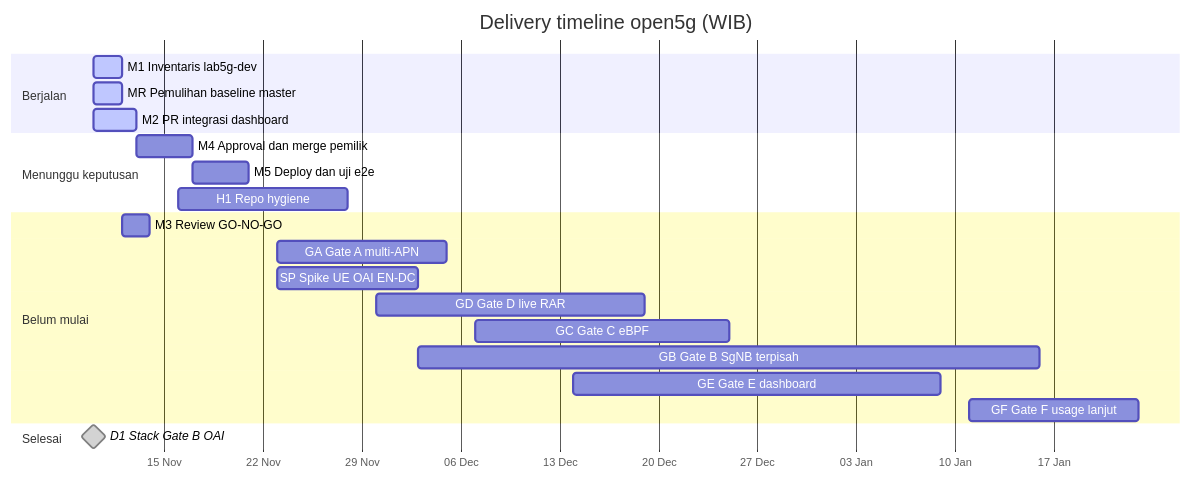
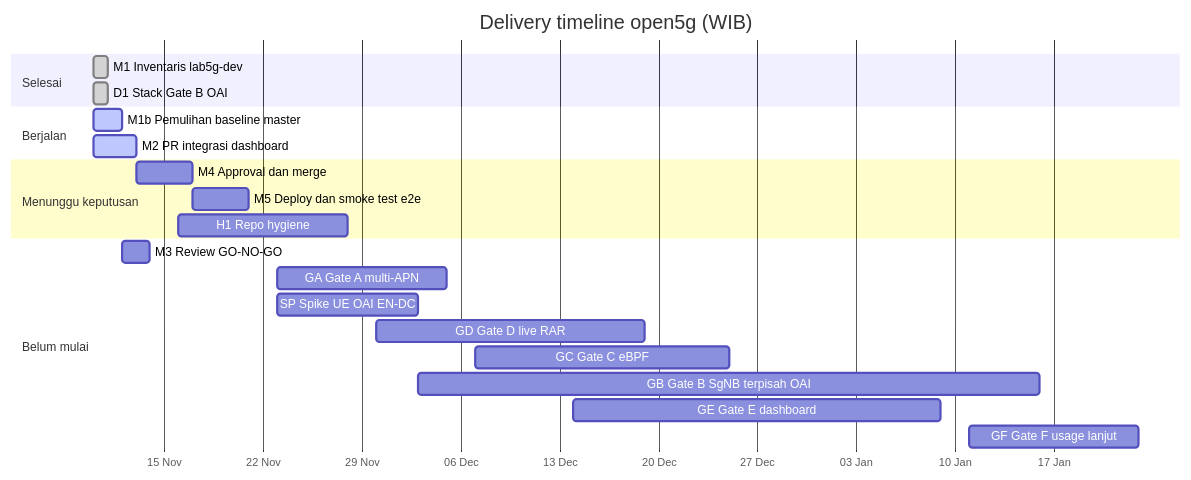
One commit to dayat81/open5g changed the diagram in docs/pm/DELIVERY-TIMELINE.md. Above: the diagram before and after it, drawn with Mermaid. The commit also changed other lines of this file and 2 other files, not shown here.

First line of the commit message:
Correct the delivery timeline to the 15:11 WIB source.

````diff
--- a/docs/pm/DELIVERY-TIMELINE.md
+++ b/docs/pm/DELIVERY-TIMELINE.md
@@ -22,31 +17,31 @@
 ```mermaid
 gantt
     title Delivery timeline open5g (WIB)
     dateFormat YYYY-MM-DD
     inclusiveEndDates
     axisFormat %d %b
     %% Zona WIB (Asia/Jakarta, UTC+7)
 
+    section Selesai
+    M1 Inventaris lab5g-dev :done, m1, 2026-11-10, 2026-11-10
+    D1 Stack Gate B OAI :done, d1, 2026-11-10, 2026-11-10
+
     section Berjalan
-    M1 Inventaris lab5g-dev :active, m1, 2026-11-10, 2026-11-11
-    MR Pemulihan baseline master :active, mr, 2026-11-10, 2026-11-11
+    M1b Pemulihan baseline master :active, m1b, 2026-11-10, 2026-11-11
     M2 PR integrasi dashboard :active, m2, 2026-11-10, 2026-11-12
 
     section Menunggu keputusan
-    M4 Approval dan merge pemilik :m4, 2026-11-13, 2026-11-16
-    M5 Deploy dan uji e2e :m5, 2026-11-17, 2026-11-20
+    M4 Approval dan merge :m4, 2026-11-13, 2026-11-16
+    M5 Deploy dan smoke test e2e :m5, 2026-11-17, 2026-11-20
     H1 Repo hygiene :h1, 2026-11-16, 2026-11-27
 
     section Belum mulai
     M3 Review GO-NO-GO :m3, 2026-11-12, 2026-11-13
     GA Gate A multi-APN :ga, 2026-11-23, 2026-12-04
     SP Spike UE OAI EN-DC :sp, 2026-11-23, 2026-12-02
     GD Gate D live RAR :gd, 2026-11-30, 2026-12-18
     GC Gate C eBPF :gc, 2026-12-07, 2026-12-24
-    GB Gate B SgNB terpisah :gb, 2026-12-03, 2027-01-15
+    GB Gate B SgNB terpisah OAI :gb, 2026-12-03, 2027-01-15
     GE Gate E dashboard :ge, 2026-12-14, 2027-01-08
     GF Gate F usage lanjut :gf, 2027-01-11, 2027-01-22
-
-    section Selesai
-    D1 Stack Gate B OAI :done, milestone, d1, 2026-11-10, 0d
 ```
````
